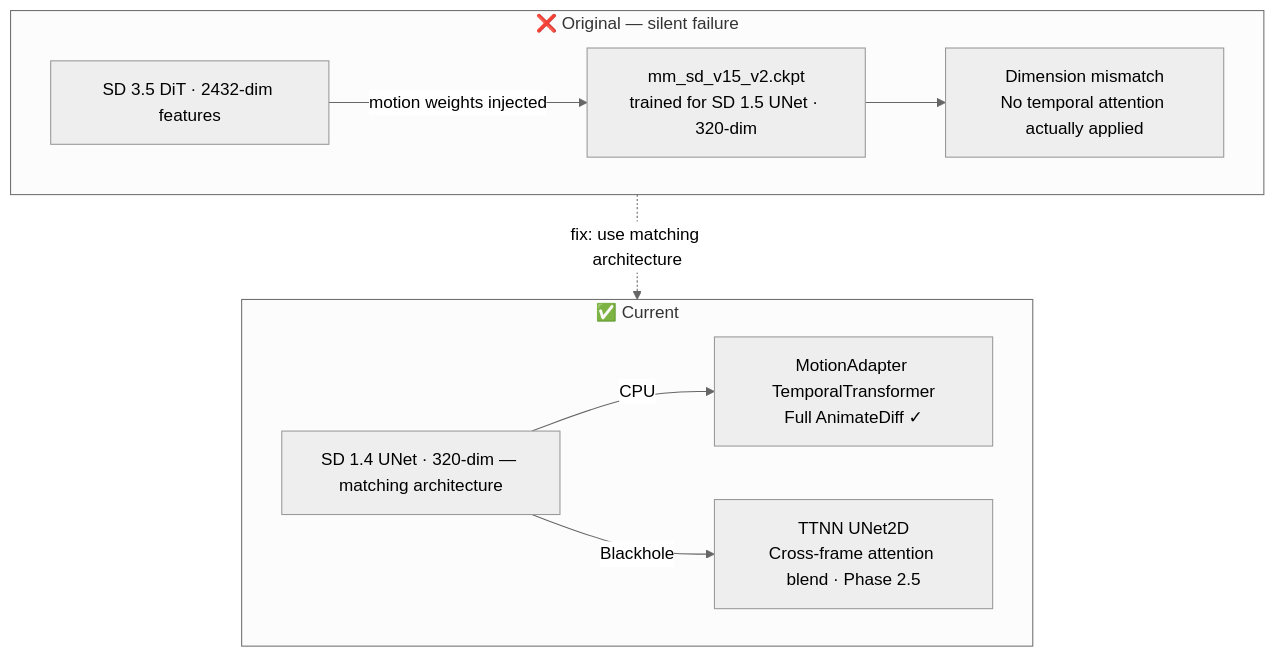
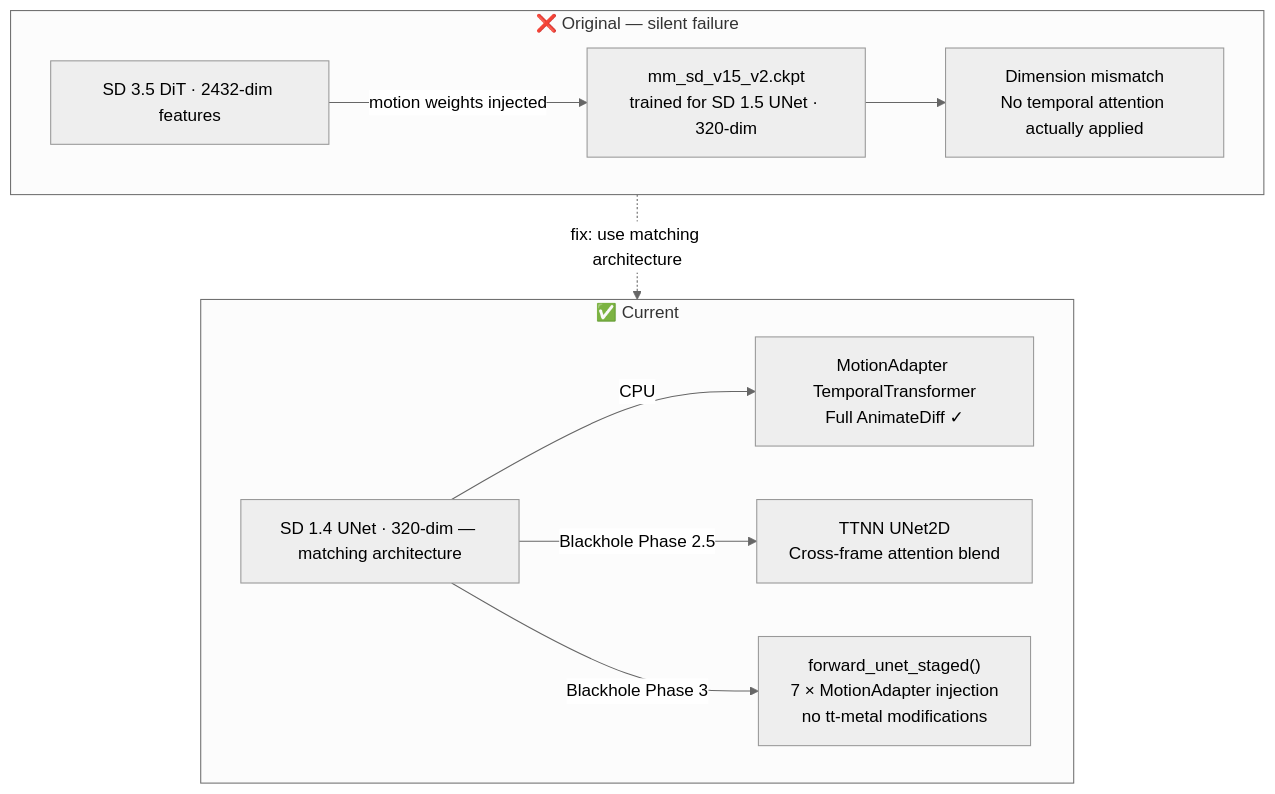
Before and after one commit to tenstorrent/tt-animatediff: the second of 2 diagrams in README.md, drawn with Mermaid (neutral theme). The commit also changed other lines of this file and 102 other files, not shown here.

````diff
--- a/README.md
+++ b/README.md
@@ -321,15 +386,16 @@
 ```mermaid
 flowchart TB
     subgraph WRONG["❌ Original — silent failure"]
         W1["SD 3.5 DiT · 2432-dim features"] -->|motion weights injected| W2["mm_sd_v15_v2.ckpt\ntrained for SD 1.5 UNet · 320-dim"]
         W2 --> W3["Dimension mismatch\nNo temporal attention actually applied"]
     end
 
     subgraph RIGHT["✅ Current"]
         R1["SD 1.4 UNet · 320-dim — matching architecture"]
         R1 -->|CPU| R2["MotionAdapter TemporalTransformer\nFull AnimateDiff ✓"]
-        R1 -->|Blackhole| R3["TTNN UNet2D\nCross-frame attention blend · Phase 2.5"]
+        R1 -->|Blackhole Phase 2.5| R3["TTNN UNet2D\nCross-frame attention blend"]
+        R1 -->|Blackhole Phase 3| R4["forward_unet_staged()\n7 × MotionAdapter injection\nno tt-metal modifications"]
     end
 
     WRONG -.->|"fix: use matching architecture"| RIGHT
 ```
````
